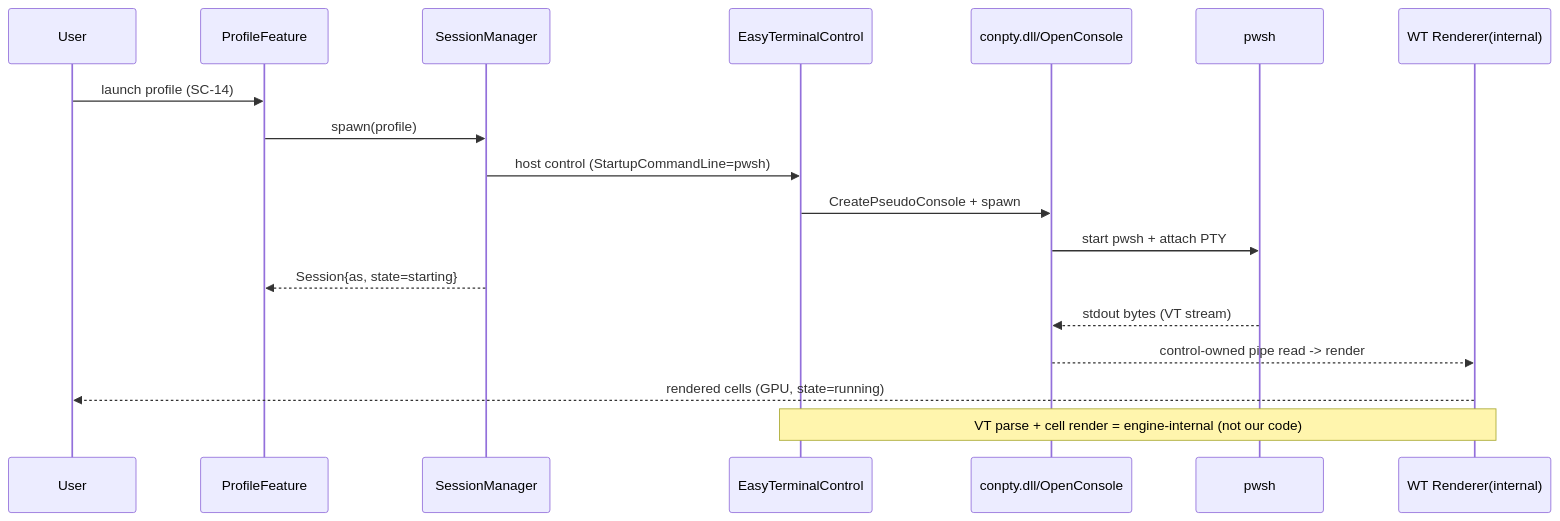
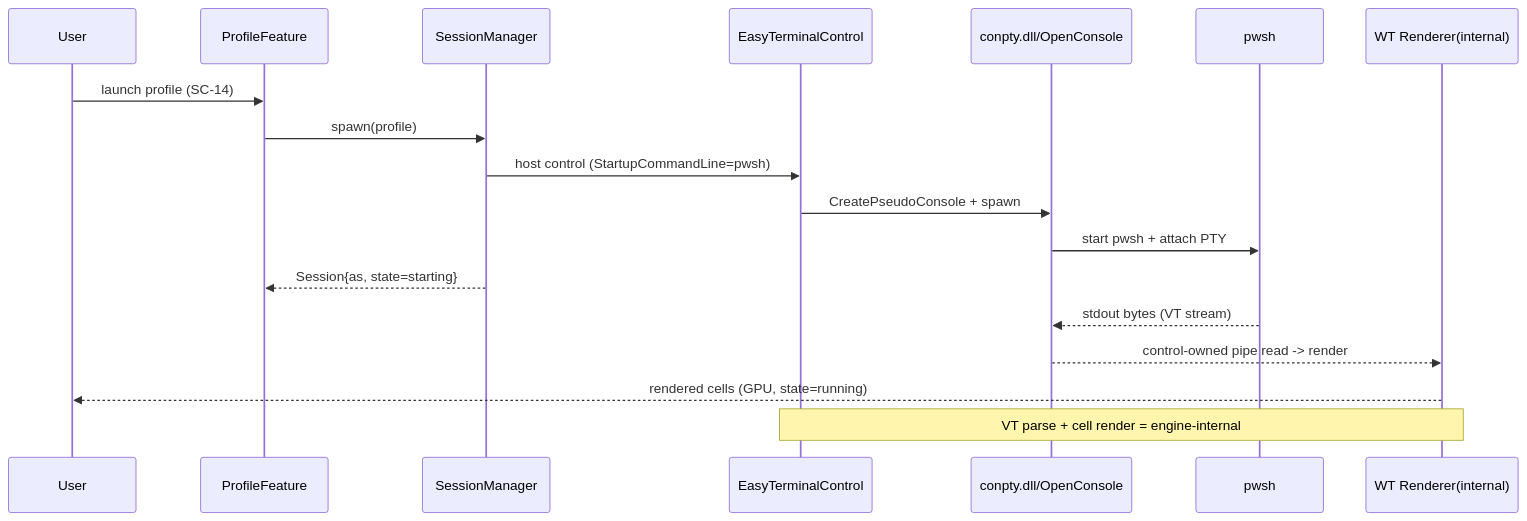
Before and after one commit to MAHT1990/control_tower_win: the first of 3 diagrams in docs/plans/v1/10_tech.md, drawn with Mermaid. The commit also changed other lines of this file and 13 other files, not shown here.

````diff
--- a/docs/plans/v1/10_tech.md
+++ b/docs/plans/v1/10_tech.md
@@ -236,20 +227,20 @@
 ```mermaid
 sequenceDiagram
     participant U as User
     participant PF as ProfileFeature
     participant SM as SessionManager
     participant TC as EasyTerminalControl
     participant CP as conpty.dll/OpenConsole
     participant PW as pwsh
     participant RN as WT Renderer(internal)
     U->>PF: launch profile (SC-14)
     PF->>SM: spawn(profile)
     SM->>TC: host control (StartupCommandLine=pwsh)
     TC->>CP: CreatePseudoConsole + spawn
     CP->>PW: start pwsh + attach PTY
     SM-->>PF: Session{as, state=starting}
     PW-->>CP: stdout bytes (VT stream)
     CP-->>RN: control-owned pipe read -> render
     RN-->>U: rendered cells (GPU, state=running)
-    Note over TC,RN: VT parse + cell render = engine-internal (not our code)
+    Note over TC,RN: VT parse + cell render = engine-internal
 ```
````
